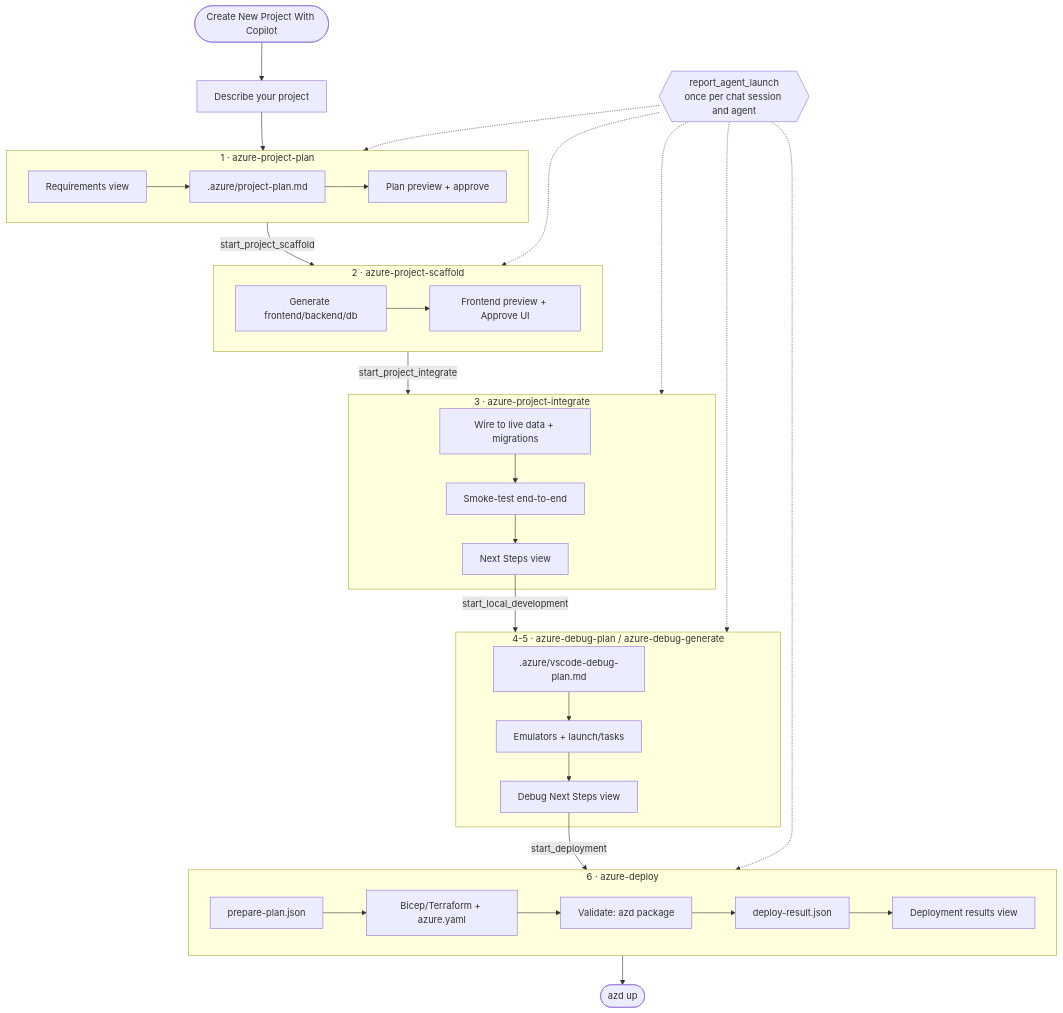
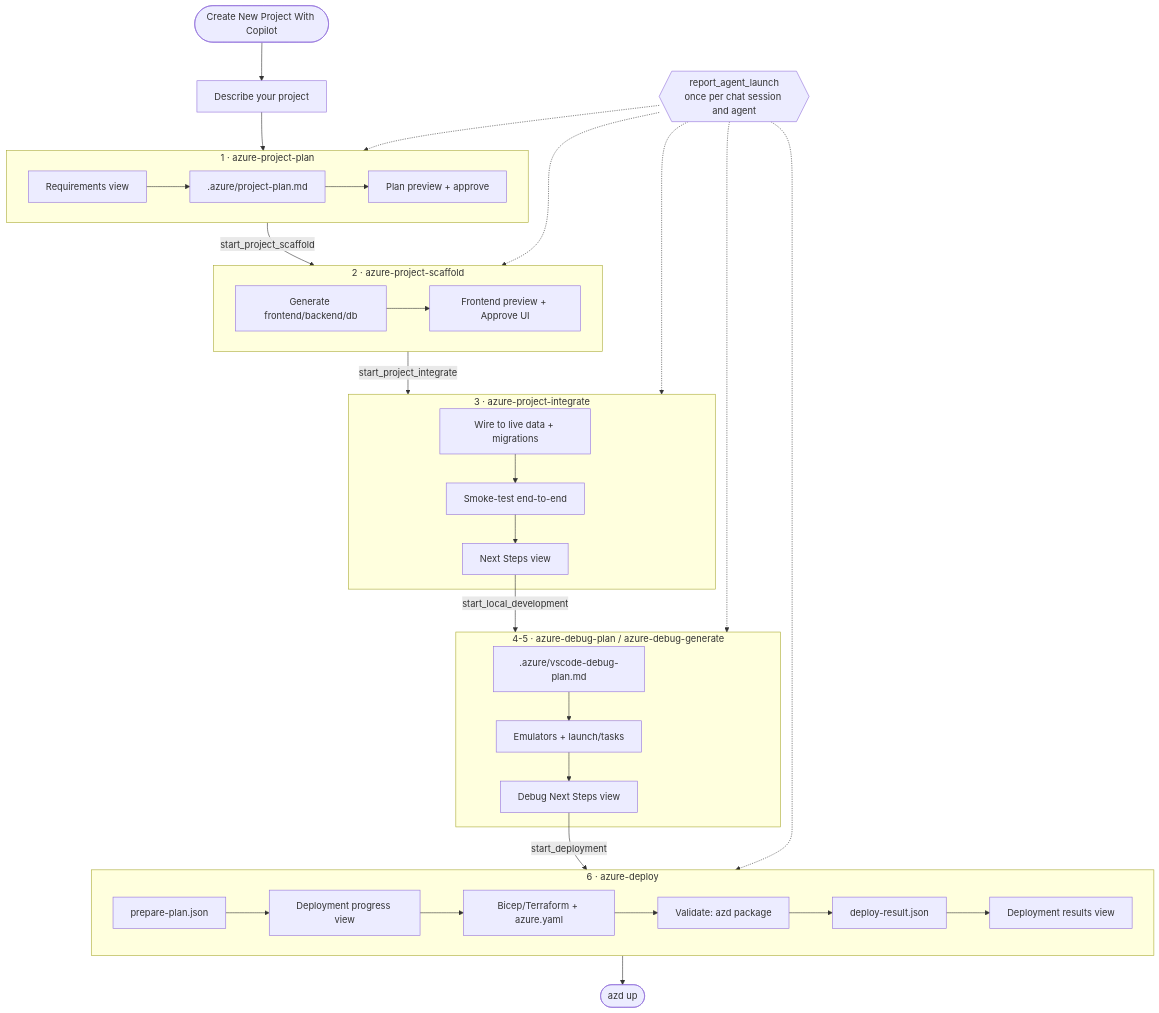
Before and after one commit to microsoft/vscode-azureresourcegroups: the diagram in docs/copilot-create-project.md, drawn with Mermaid. The commit also changed other lines of this file and 18 other files, not shown here.

Commit message:
CoR: Add a deployment progress view  (#1830)

````diff
--- a/docs/copilot-create-project.md
+++ b/docs/copilot-create-project.md
@@ -71,41 +71,41 @@
 ```mermaid
 flowchart TD
     Start(["Create New Project With Copilot"]) --> Prompt["Describe your project"]
     Prompt --> Plan
     StartupReport{{"report_agent_launch<br/>once per chat session and agent"}}
 
     subgraph Plan["1 · azure-project-plan"]
         Req["Requirements view"] --> PlanDoc[".azure/project-plan.md"] --> PlanView["Plan preview + approve"]
     end
 
     Plan -->|"start_project_scaffold"| Scaffold
 
     subgraph Scaffold["2 · azure-project-scaffold"]
         Gen["Generate frontend/backend/db"] --> Preview["Frontend preview + Approve UI"]
     end
 
     Scaffold -->|"start_project_integrate"| Integrate
 
     subgraph Integrate["3 · azure-project-integrate"]
         Wire["Wire to live data + migrations"] --> Smoke["Smoke-test end-to-end"] --> Next1["Next Steps view"]
     end
 
     Next1 -->|"start_local_development"| Debug
 
     subgraph Debug["4-5 · azure-debug-plan / azure-debug-generate"]
         DbgPlan[".azure/vscode-debug-plan.md"] --> DbgGen["Emulators + launch/tasks"] --> Next2["Debug Next Steps view"]
     end
 
     Next2 -->|"start_deployment"| Deploy
 
     subgraph Deploy["6 · azure-deploy"]
-        DepPlan["prepare-plan.json"] --> Infra["Bicep/Terraform + azure.yaml"] --> AzdPkg["Validate: azd package"] --> DepResult["deploy-result.json"] --> ResultView["Deployment results view"]
+        DepPlan["prepare-plan.json"] --> Progress["Deployment progress view"] --> Infra["Bicep/Terraform + azure.yaml"] --> AzdPkg["Validate: azd package"] --> DepResult["deploy-result.json"] --> ResultView["Deployment results view"]
     end
 
     StartupReport -.-> Plan
     StartupReport -.-> Scaffold
     StartupReport -.-> Integrate
     StartupReport -.-> Debug
     StartupReport -.-> Deploy
     Deploy --> Done(["azd up"])
 ```
````
